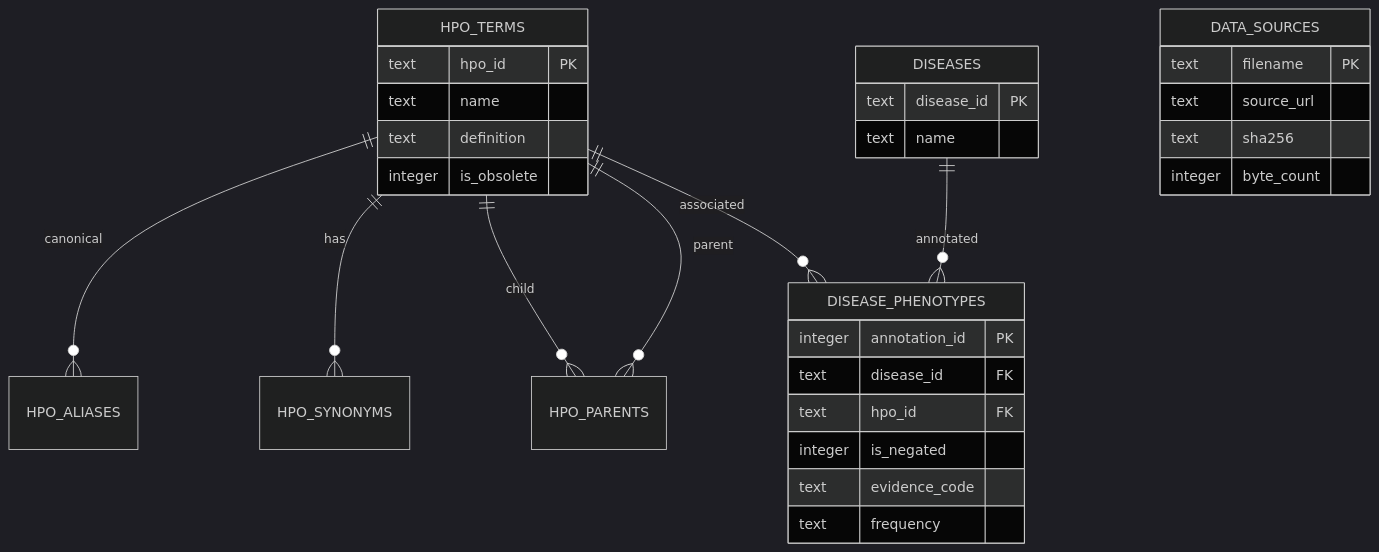
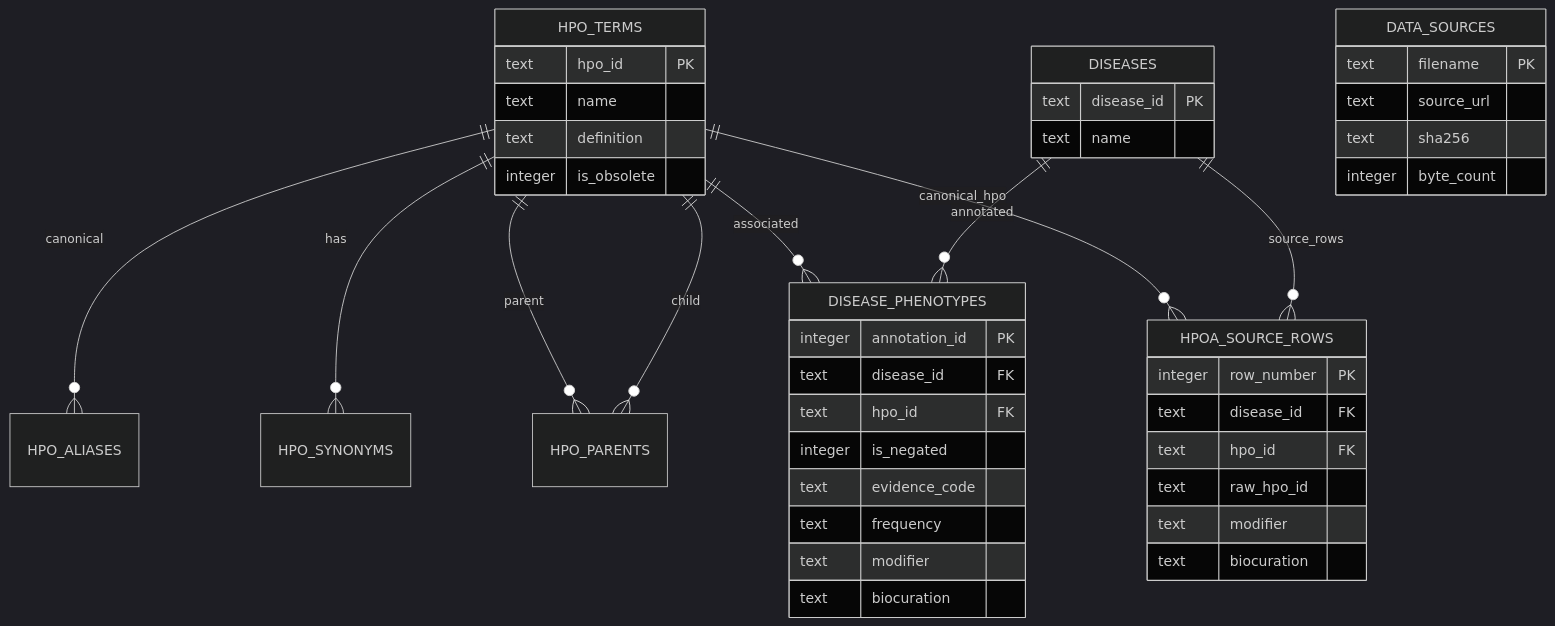
One commit to uday8116/RareGenXAI changed the diagram in docs/PHASE_02_DATA_DATABASE.md. Above: the diagram before and after it, drawn with Mermaid (dark theme). The commit also changed other lines of this file and 3 other files, not shown here.

Commit message:
Document Phase 2 audit outcomes, schema v2 local upgrade and source accounting

````diff
--- a/docs/PHASE_02_DATA_DATABASE.md
+++ b/docs/PHASE_02_DATA_DATABASE.md
@@ -63,33 +64,45 @@
 ```mermaid
 erDiagram
     HPO_TERMS ||--o{ HPO_ALIASES : canonical
     HPO_TERMS ||--o{ HPO_SYNONYMS : has
     HPO_TERMS ||--o{ HPO_PARENTS : child
     HPO_TERMS ||--o{ HPO_PARENTS : parent
     DISEASES ||--o{ DISEASE_PHENOTYPES : annotated
+    DISEASES ||--o{ HPOA_SOURCE_ROWS : source_rows
+    HPO_TERMS ||--o{ HPOA_SOURCE_ROWS : canonical_hpo
     HPO_TERMS ||--o{ DISEASE_PHENOTYPES : associated
     DATA_SOURCES {
       text filename PK
       text source_url
       text sha256
       integer byte_count
     }
     HPO_TERMS {
       text hpo_id PK
       text name
       text definition
       integer is_obsolete
     }
     DISEASES {
       text disease_id PK
       text name
     }
+    HPOA_SOURCE_ROWS {
+      integer row_number PK
+      text disease_id FK
+      text hpo_id FK
+      text raw_hpo_id
+      text modifier
+      text biocuration
+    }
     DISEASE_PHENOTYPES {
       integer annotation_id PK
       text disease_id FK
       text hpo_id FK
       integer is_negated
       text evidence_code
       text frequency
+      text modifier
+      text biocuration
     }
 ```
````
